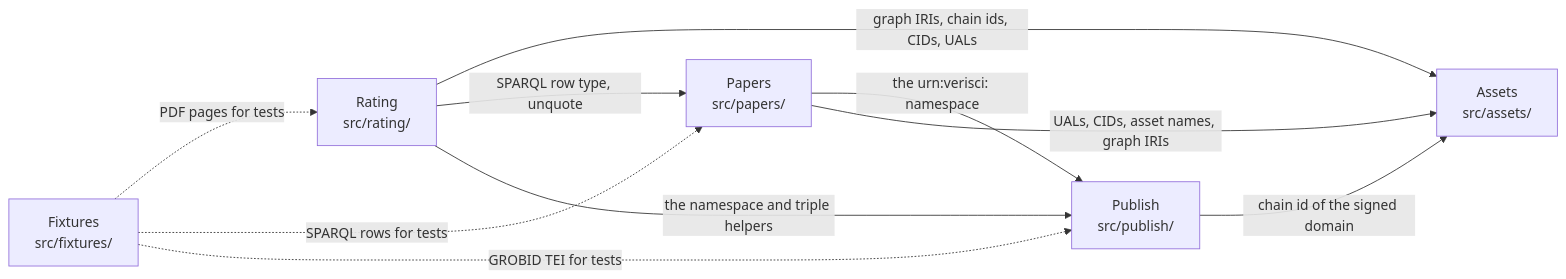
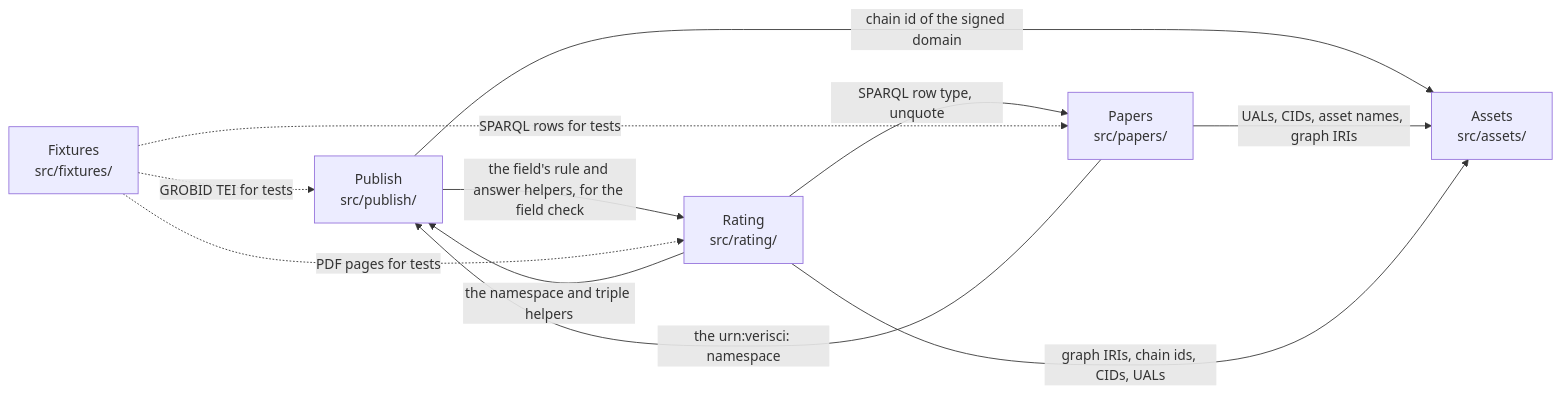
Before and after one commit to SiegfriedBz/labstrail: the diagram in .omm/overall-architecture/core/diagram.mmd, drawn with Mermaid. The commit also changed 130 other files, not shown here.

```diff
--- a/.omm/overall-architecture/core/diagram.mmd
+++ b/.omm/overall-architecture/core/diagram.mmd
@@ -1,10 +1,11 @@
 graph LR
     publish["Publish\nsrc/publish/"] -->|"chain id of the signed domain"| assets["Assets\nsrc/assets/"]
+    publish -->|"the field's rule and answer helpers, for the field check"| rating["Rating\nsrc/rating/"]
     papers["Papers\nsrc/papers/"] -->|"the urn:verisci: namespace"| publish
     papers -->|"UALs, CIDs, asset names, graph IRIs"| assets
-    rating["Rating\nsrc/rating/"] -->|"graph IRIs, chain ids, CIDs, UALs"| assets
+    rating -->|"graph IRIs, chain ids, CIDs, UALs"| assets
     rating -->|"SPARQL row type, unquote"| papers
     rating -->|"the namespace and triple helpers"| publish
     fixtures["Fixtures\nsrc/fixtures/"] -.->|"PDF pages for tests"| rating
     fixtures -.->|"SPARQL rows for tests"| papers
     fixtures -.->|"GROBID TEI for tests"| publish
```
